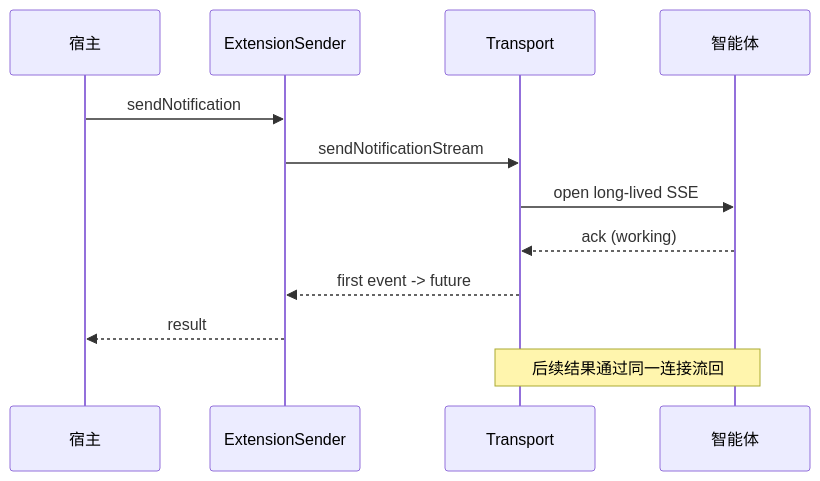
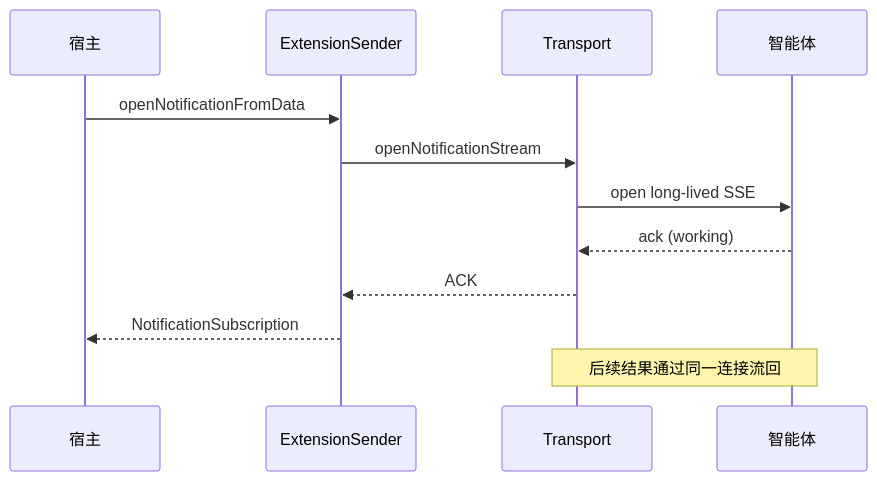
The fifth of 5 diagrams in docs/zh/DESIGN.md (Zhoujie628/workflow-engine-sdk-java), drawn with Mermaid before and after one commit. The commit also changed other lines of this file and 6 other files, not shown here.

Commit message:
docs: clarify host integration architecture

````diff
--- a/docs/zh/DESIGN.md
+++ b/docs/zh/DESIGN.md
@@ -222,15 +250,15 @@
 ```mermaid
 sequenceDiagram
     participant H as 宿主
     participant ES as ExtensionSender
     participant T as Transport
     participant A as 智能体
 
-    H->>ES: sendNotification
-    ES->>T: sendNotificationStream
+    H->>ES: openNotificationFromData
+    ES->>T: openNotificationStream
     T->>A: open long-lived SSE
     A-->>T: ack (working)
-    T-->>ES: first event -> future
-    ES-->>H: result
+    T-->>ES: ACK
+    ES-->>H: NotificationSubscription
     Note over T,A: 后续结果通过同一连接流回
 ```
````
